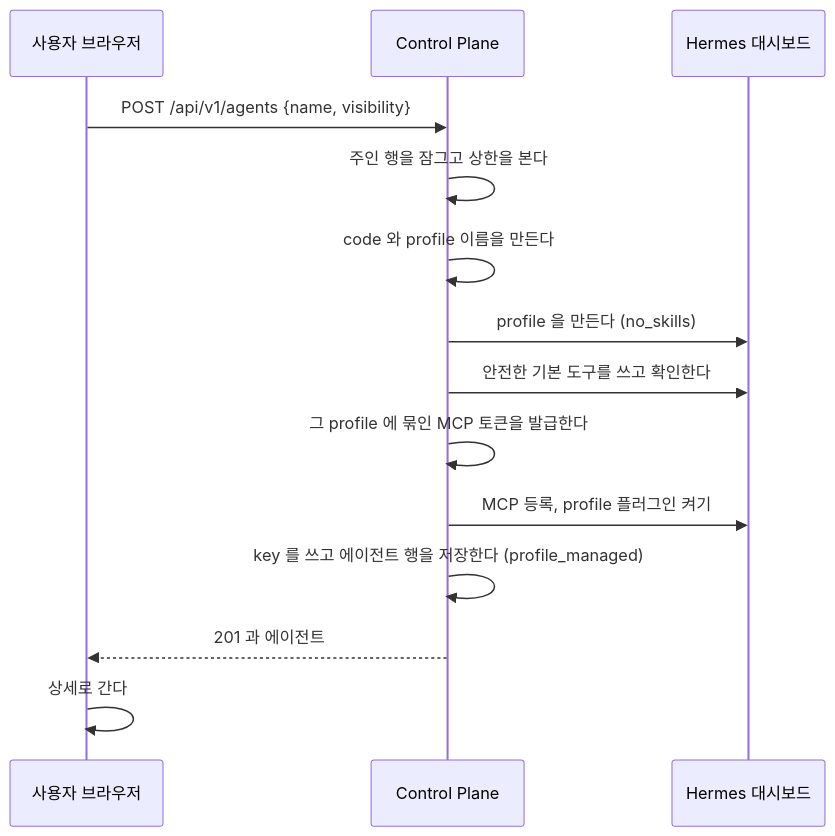
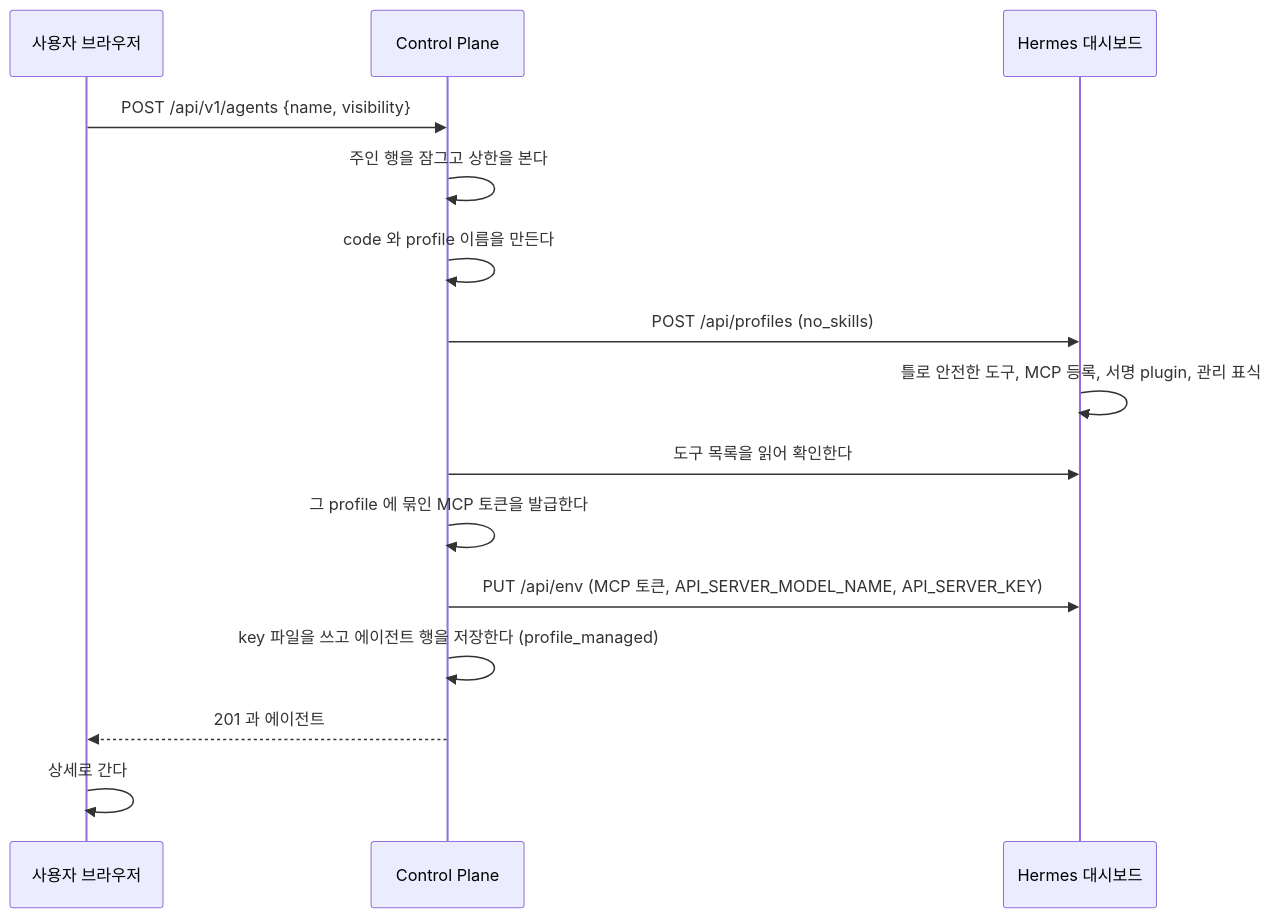
Before and after one commit to jon890/fos-assistant: the seventh of 25 diagrams in docs/flow.md, drawn with Mermaid. The commit also changed other lines of this file and 5 other files, not shown here.

First line of the commit message:
docs(docs): 대시보드 plugin 계약과 에이전트 만들기 순서, skill_manage 차단을 정한다

````diff
--- a/docs/flow.md
+++ b/docs/flow.md
@@ -296,17 +296,18 @@
 ```mermaid
 sequenceDiagram
     participant U as 사용자 브라우저
     participant C as Control Plane
     participant D as Hermes 대시보드
 
     U->>C: POST /api/v1/agents {name, visibility}
     C->>C: 주인 행을 잠그고 상한을 본다
     C->>C: code 와 profile 이름을 만든다
-    C->>D: profile 을 만든다 (no_skills)
-    C->>D: 안전한 기본 도구를 쓰고 확인한다
+    C->>D: POST /api/profiles (no_skills)
+    D->>D: 틀로 안전한 도구, MCP 등록, 서명 plugin, 관리 표식
+    C->>D: 도구 목록을 읽어 확인한다
     C->>C: 그 profile 에 묶인 MCP 토큰을 발급한다
-    C->>D: MCP 등록, profile 플러그인 켜기
-    C->>C: key 를 쓰고 에이전트 행을 저장한다 (profile_managed)
+    C->>D: PUT /api/env (MCP 토큰, API_SERVER_MODEL_NAME, API_SERVER_KEY)
+    C->>C: key 파일을 쓰고 에이전트 행을 저장한다 (profile_managed)
     C-->>U: 201 과 에이전트
     U->>U: 상세로 간다
 ```
````
